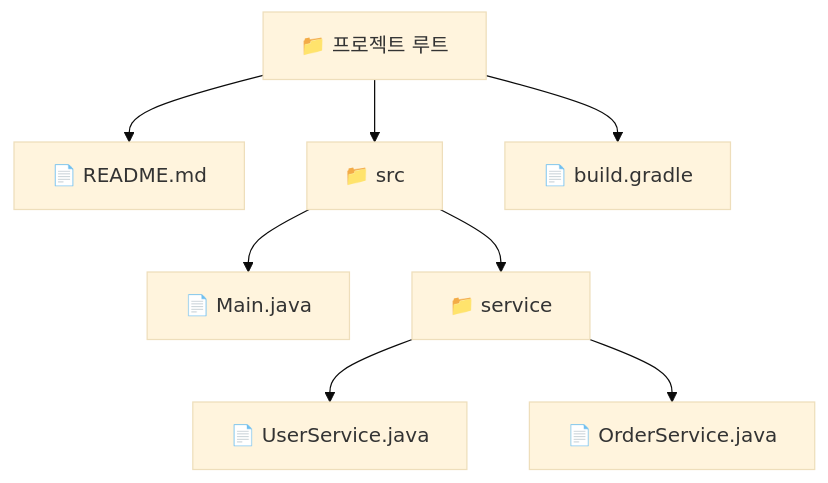
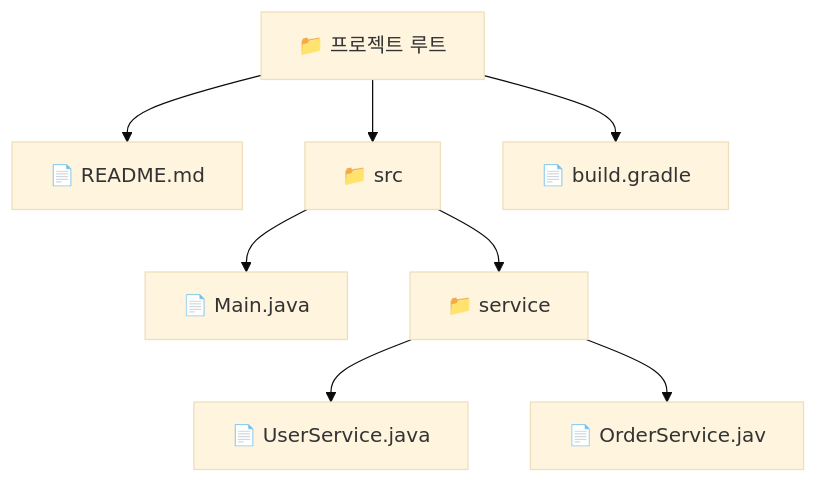
Before and after one commit to yjkim2015/yjkim2015.github.io: the fourth of 7 diagrams in _posts/designPattern/2022-01-25-DesignPattern.md, drawn with Mermaid (base theme). The commit also changed other lines of this file and 271 other files, not shown here.

First line of the commit message:
Mermaid 라벨 축소: 긴 노드 텍스트 18자 이하로 트림 + \n 제거

````diff
--- a/_posts/designPattern/2022-01-25-DesignPattern.md
+++ b/_posts/designPattern/2022-01-25-DesignPattern.md
@@ -120,10 +120,10 @@
 ```mermaid
 graph TD
     A["📁 프로젝트 루트"] --> B["📄 README.md"]
     A --> C["📁 src"]
     A --> D["📄 build.gradle"]
     C --> E["📄 Main.java"]
     C --> F["📁 service"]
     F --> G["📄 UserService.java"]
-    F --> H["📄 OrderService.java"]
+    F --> H["📄 OrderService.jav"]
 ```
````
